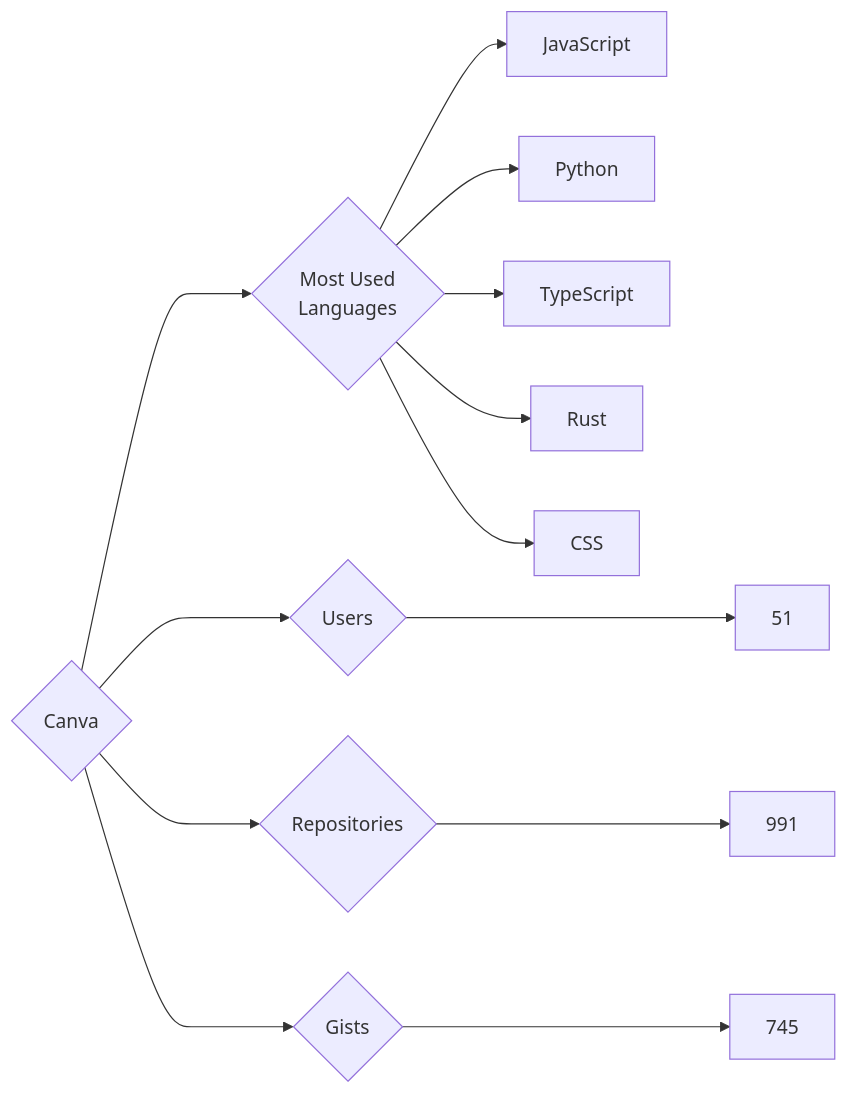
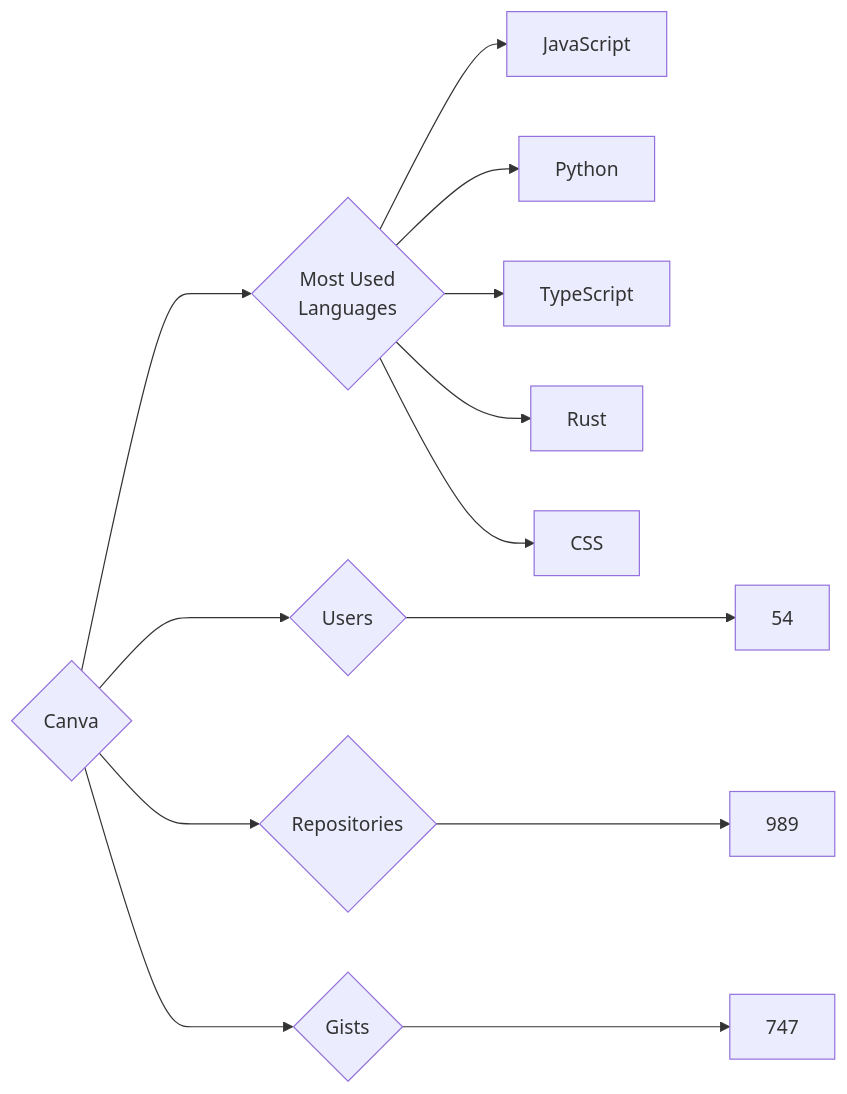
The diagram in targets/Canva/README.md (trickest/insiders), drawn with Mermaid before and after one commit. The commit also changed 873 other files, not shown here.

````diff
--- a/targets/Canva/README.md
+++ b/targets/Canva/README.md
@@ -3,13 +3,13 @@
 ```mermaid
 graph LR
 COMPANY_NAME{Canva}
-COMPANY_NAME ---> U{Users} ---> UN[51]
-COMPANY_NAME ---> R{Repositories} ---> RN[991]
-COMPANY_NAME ---> G{Gists} ---> GN[745]
+COMPANY_NAME ---> U{Users} ---> UN[54]
+COMPANY_NAME ---> R{Repositories} ---> RN[989]
+COMPANY_NAME ---> G{Gists} ---> GN[747]
 COMPANY_NAME ---> ML{Most Used<br>Languages}
 ML --> JavaScript[JavaScript]
 ML --> Python[Python]
 ML --> TypeScript[TypeScript]
 ML --> Rust[Rust]
 ML --> CSS[CSS]
 ```
````
